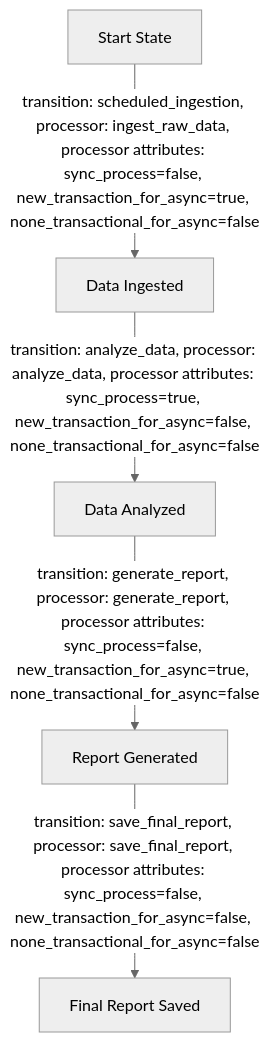
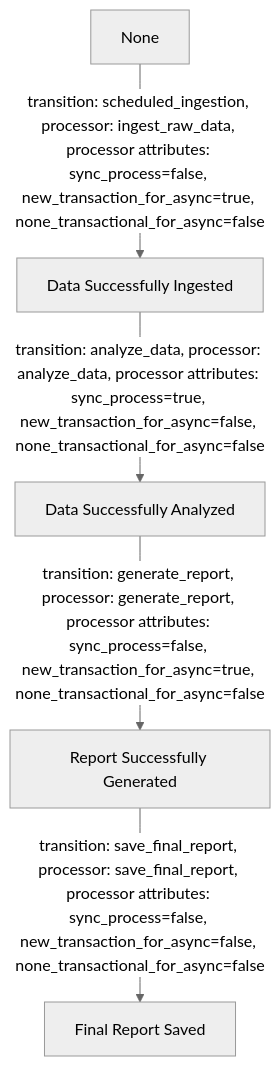
The second of 3 diagrams in entity/app_design_prd.md (Ksenniya/quart-client-template), drawn with Mermaid (neutral theme) before and after one commit.

````diff
--- a/entity/app_design_prd.md
+++ b/entity/app_design_prd.md
@@ -89,8 +89,8 @@
 ```mermaid
 flowchart TD
-    A[Start State] -->|transition: scheduled_ingestion, processor: ingest_raw_data, processor attributes: sync_process=false, new_transaction_for_async=true, none_transactional_for_async=false| B[Data Ingested]
-    B -->|transition: analyze_data, processor: analyze_data, processor attributes: sync_process=true, new_transaction_for_async=false, none_transactional_for_async=false| C[Data Analyzed]
-    C -->|transition: generate_report, processor: generate_report, processor attributes: sync_process=false, new_transaction_for_async=true, none_transactional_for_async=false| D[Report Generated]
+    A[None] -->|transition: scheduled_ingestion, processor: ingest_raw_data, processor attributes: sync_process=false, new_transaction_for_async=true, none_transactional_for_async=false| B[Data Successfully Ingested]
+    B -->|transition: analyze_data, processor: analyze_data, processor attributes: sync_process=true, new_transaction_for_async=false, none_transactional_for_async=false| C[Data Successfully Analyzed]
+    C -->|transition: generate_report, processor: generate_report, processor attributes: sync_process=false, new_transaction_for_async=true, none_transactional_for_async=false| D[Report Successfully Generated]
     D -->|transition: save_final_report, processor: save_final_report, processor attributes: sync_process=false, new_transaction_for_async=false, none_transactional_for_async=false| E[Final Report Saved]
     class A,B,C,D,E automated;
 ```
````
